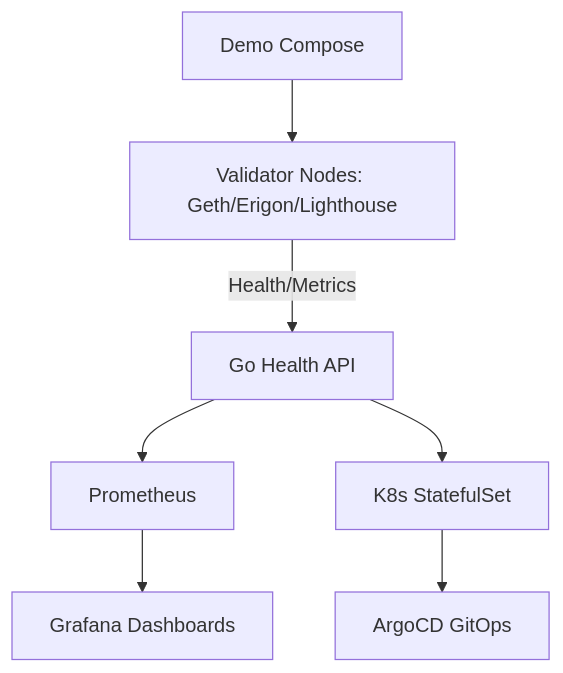
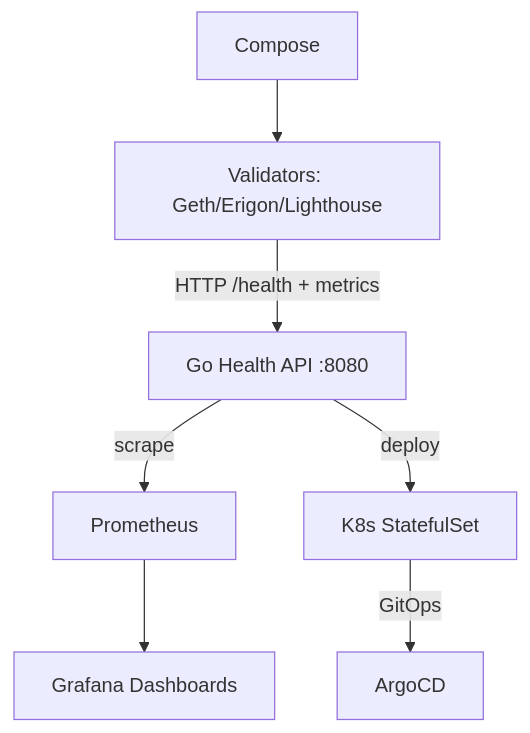
One commit to blockmalhotra/platform-validator-ops changed the first of 2 diagrams in README.md. Above: the diagram before and after it, drawn with Mermaid. The commit also changed other lines of this file, not shown here.

````diff
--- a/README.md
+++ b/README.md
@@ -20,9 +45,9 @@
 ```mermaid
 graph TD
-    A[Validator Nodes: Geth/Erigon/Lighthouse] -->|Health/Metrics| B[Go Health API]
-    B --> C[Prometheus]
-    C --> D[Grafana Dashboards]
-    B --> E[K8s StatefulSet]
-    E --> F[ArgoCD GitOps]
-    G[Demo Compose] --> A
+    V[Validators: Geth/Erigon/Lighthouse] -->|HTTP /health + metrics| H[Go Health API :8080]
+    H -->|scrape| P[Prometheus]
+    P --> G[Grafana Dashboards]
+    H -->|deploy| K[K8s StatefulSet]
+    K -->|GitOps| A[ArgoCD]
+    Demo[Compose] --> V
 ```
````
